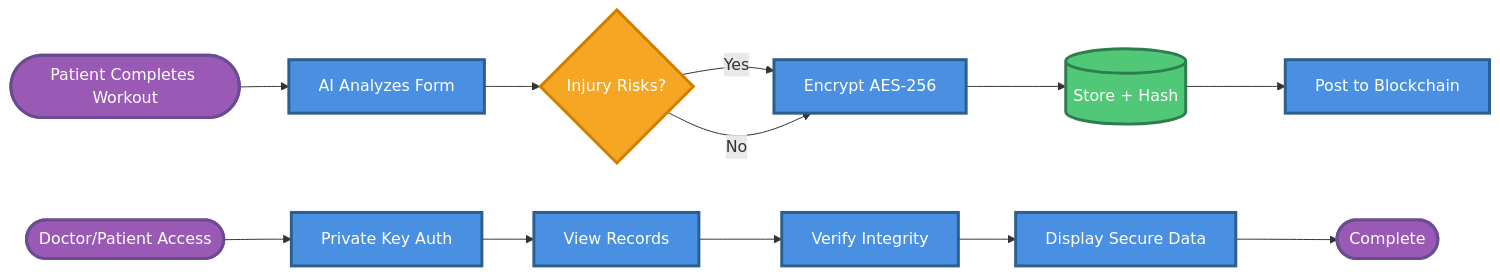
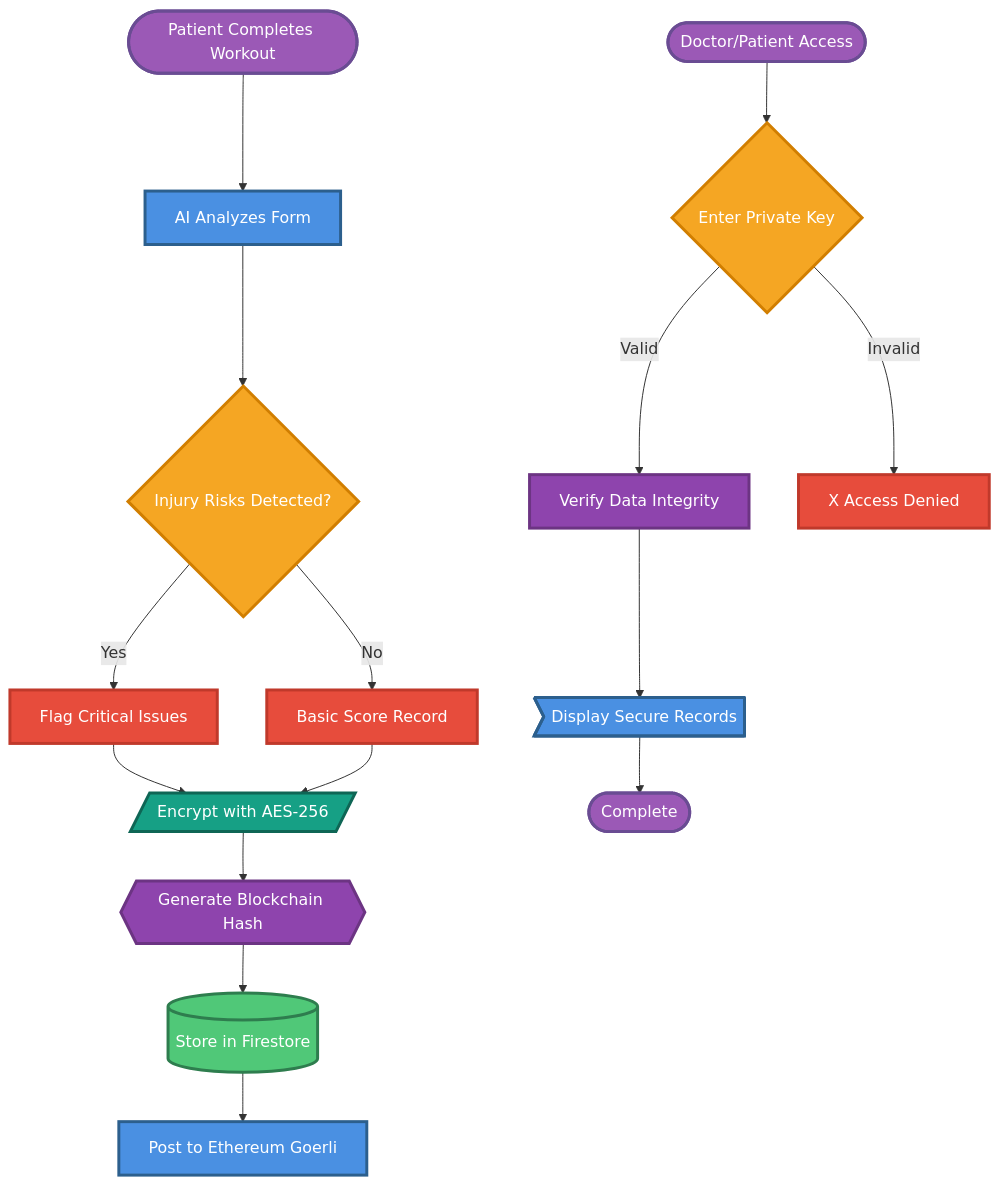
The diagram in BLOCKCHAIN_FLOWCHART_SIMPLE.md (majidsafwaan2/gymguard), drawn with Mermaid before and after one commit. The commit also changed other lines of this file, not shown here.

Commit message:
Convert flowchart to vertical format with varied shapes and colors

````diff
--- a/BLOCKCHAIN_FLOWCHART_SIMPLE.md
+++ b/BLOCKCHAIN_FLOWCHART_SIMPLE.md
@@ -3,26 +3,42 @@
 ```mermaid
-flowchart LR
+flowchart TD
     Start([Patient Completes Workout]) --> AI[AI Analyzes Form]
-    AI --> Risk{Injury Risks?}
-    Risk -->|Yes| Encrypt[Encrypt AES-256]
-    Risk -->|No| Encrypt
-    Encrypt --> Store[(Store + Hash)]
-    Store --> BC[Post to Blockchain]
+    AI --> Risk{Injury Risks Detected?}
     
-    Access([Doctor/Patient Access]) --> Auth[Private Key Auth]
-    Auth --> View[View Records]
-    View --> Verify[Verify Integrity]
-    Verify --> Show[Display Secure Data]
-    Show --> End([Complete])
+    Risk -->|Yes| FlagRisks[Flag Critical Issues]
+    Risk -->|No| Basic[Basic Score Record]
     
-    %% Styling
+    FlagRisks --> Encrypt[/Encrypt with AES-256/]
+    Basic --> Encrypt
+    
+    Encrypt --> Hash{{Generate Blockchain Hash}}
+    Hash --> Store[(Store in Firestore)]
+    
+    Store --> BC[Post to Ethereum Goerli]
+    
+    AccessStart([Doctor/Patient Access]) --> Auth{Enter Private Key}
+    Auth -->|Valid| Verify[Verify Data Integrity]
+    Auth -->|Invalid| Deny[X Access Denied]
+    
+    Verify --> Display>Display Secure Records]
+    
+    Display --> End([Complete])
+    
+    %% Styling with varied colors
     classDef main fill:#4A90E2,stroke:#2C5F8D,stroke-width:3px,color:#fff
     classDef decision fill:#F5A623,stroke:#D17E00,stroke-width:3px,color:#fff
     classDef store fill:#50C878,stroke:#2E7D4E,stroke-width:3px,color:#fff
     classDef start fill:#9B59B6,stroke:#6A4C93,stroke-width:3px,color:#fff
+    classDef highlight fill:#E74C3C,stroke:#C0392B,stroke-width:3px,color:#fff
+    classDef process fill:#16A085,stroke:#0E6655,stroke-width:3px,color:#fff
+    classDef verify fill:#8E44AD,stroke:#6C3483,stroke-width:3px,color:#fff
     
-    class AI,Encrypt,BC,Auth,View,Verify,Show main
-    class Risk decision
+    class AI,BC,Display main
+    class Risk,Auth decision
     class Store store
-    class Start,Access,End start
+    class Start,AccessStart,End start
+    class FlagRisks,Basic highlight
+    class Encrypt process
+    class Hash,Verify verify
+    class Deny highlight
 ```
````
